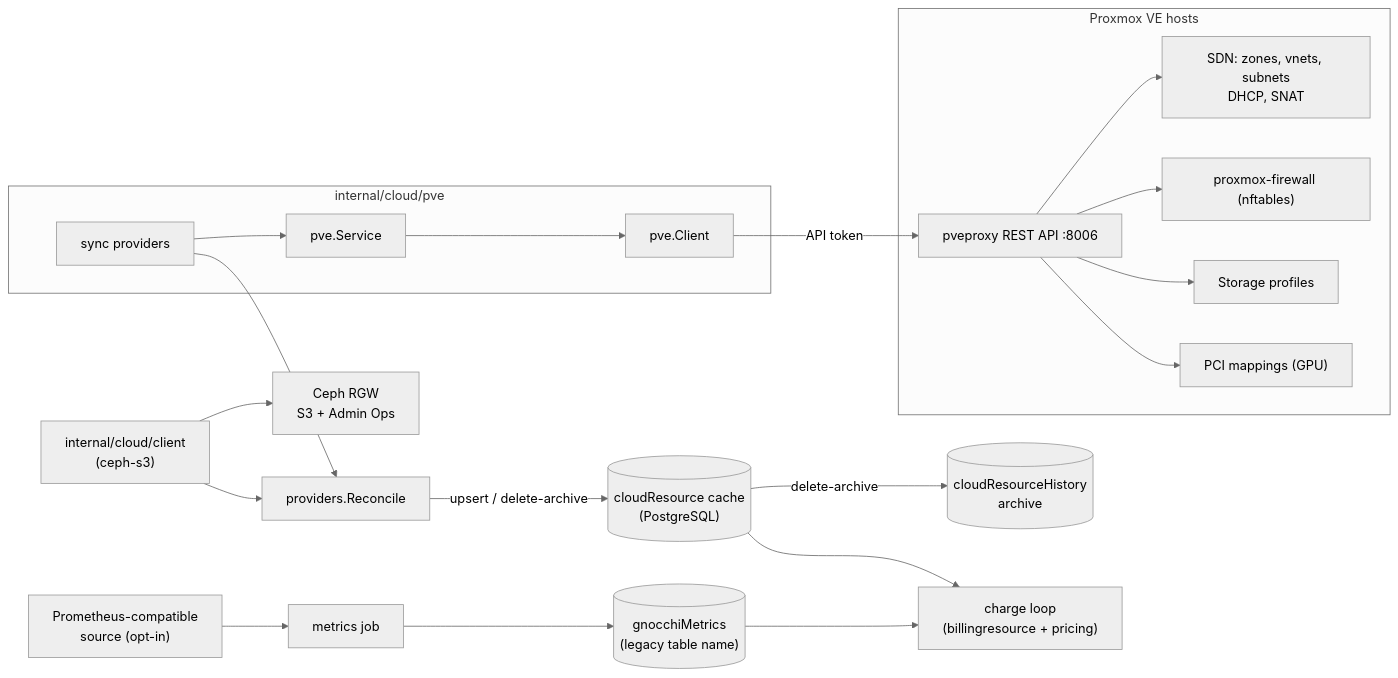
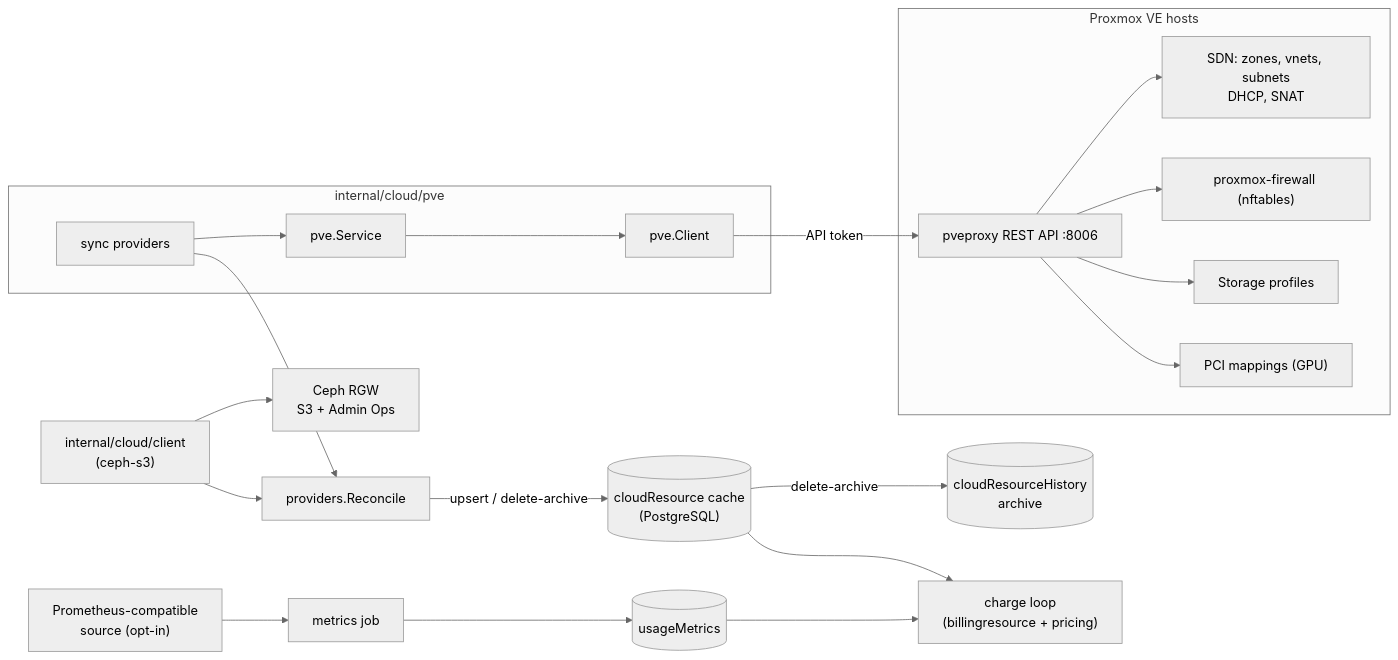
Before and after one commit to mutex-solutions/proxcloud: the first of 3 diagrams in docs/cloud-integration.md, drawn with Mermaid (neutral theme). The commit also changed other lines of this file and 240 other files, not shown here.

````diff
--- a/docs/cloud-integration.md
+++ b/docs/cloud-integration.md
@@ -37,44 +37,44 @@
 ```mermaid
 flowchart LR
   subgraph PVEH["Proxmox VE hosts"]
     PAPI["pveproxy REST API :8006"]
     SDN["SDN: zones, vnets, subnets<br/>DHCP, SNAT"]
     FW["proxmox-firewall (nftables)"]
     STO["Storage profiles"]
     PCI["PCI mappings (GPU)"]
   end
 
   RGW["Ceph RGW<br/>S3 + Admin Ops"]
 
   subgraph PVEPKG["internal/cloud/pve"]
     PC["pve.Client"]
     PS["pve.Service"]
     SP["sync providers"]
   end
 
   OBJ["internal/cloud/client<br/>(ceph-s3)"]
   REC["providers.Reconcile"]
   CACHE[("cloudResource cache<br/>(PostgreSQL)")]
   HIST[("cloudResourceHistory<br/>archive")]
   PROM["Prometheus-compatible<br/>source (opt-in)"]
   METJOB["metrics job"]
-  GM[("gnocchiMetrics<br/>(legacy table name)")]
+  GM[("usageMetrics")]
   BILL["charge loop<br/>(billingresource + pricing)"]
 
   PAPI --> SDN
   PAPI --> FW
   PAPI --> STO
   PAPI --> PCI
   PC -->|"API token"| PAPI
   PS --> PC
   SP --> PS
   SP --> REC
   OBJ --> RGW
   OBJ --> REC
   REC -->|"upsert / delete-archive"| CACHE
   CACHE -->|"delete-archive"| HIST
   PROM --> METJOB
   METJOB --> GM
   CACHE --> BILL
   GM --> BILL
 ```
````
